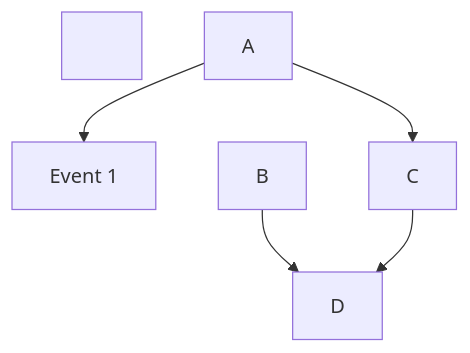
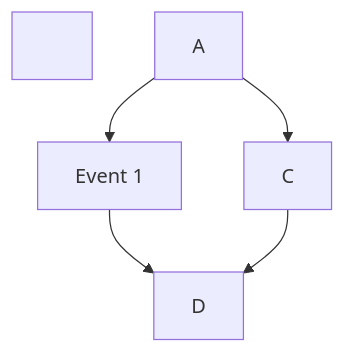
One commit to LbsLundAW/DiceGame-Examples changed the diagram in README.md. Above: the diagram before and after it, drawn with Mermaid.

````diff
--- a/README.md
+++ b/README.md
@@ -7,13 +7,13 @@
 ```mermaid
 
 flowchart TD
 
 &nbsp;	A-->B\["Event 1"]
 
 &nbsp;	A-->C
 
-&nbsp;	B-->D
+&nbsp;	B\["Event 1"]-->D
 
 &nbsp;	C-->D
 
 ```
````
